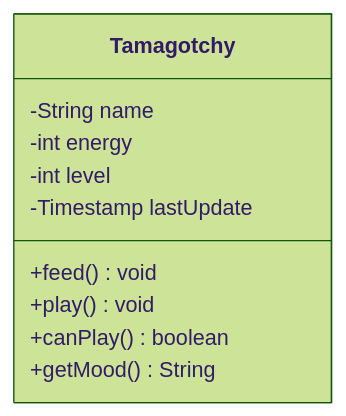
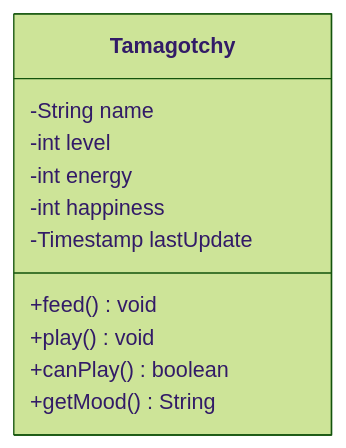
One commit to NekroDealsWithIT/sandbox changed the first of 3 diagrams in CAC/Java Spring 2022 2/Actividades/1 EjercicioNivelatorio/Readme.md. Above: the diagram before and after it, drawn with Mermaid (forest theme).

Commit message:
Typo, cleanup

````diff
--- a/CAC/Java Spring 2022 2/Actividades/1 EjercicioNivelatorio/Readme.md
+++ b/CAC/Java Spring 2022 2/Actividades/1 EjercicioNivelatorio/Readme.md
@@ -47,15 +47,16 @@
 ```mermaid
 	classDiagram
 		class Tamagotchy{
 			-String name
+			-int level
 			-int energy
-			-int level
+			-int happiness
 			-Timestamp lastUpdate
 			
 			+feed() void
 			+play() void
 			+canPlay() boolean
 			
 			+getMood() String
 		}
 ```
````
